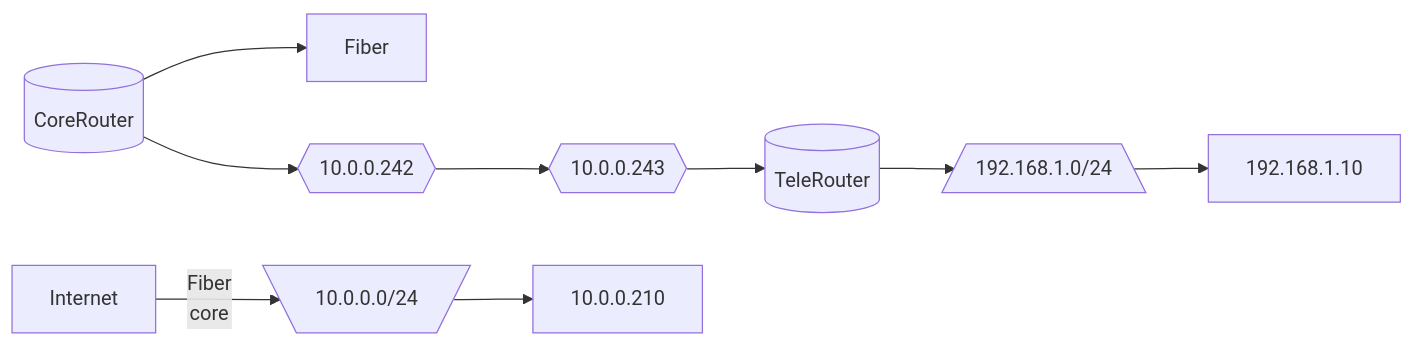
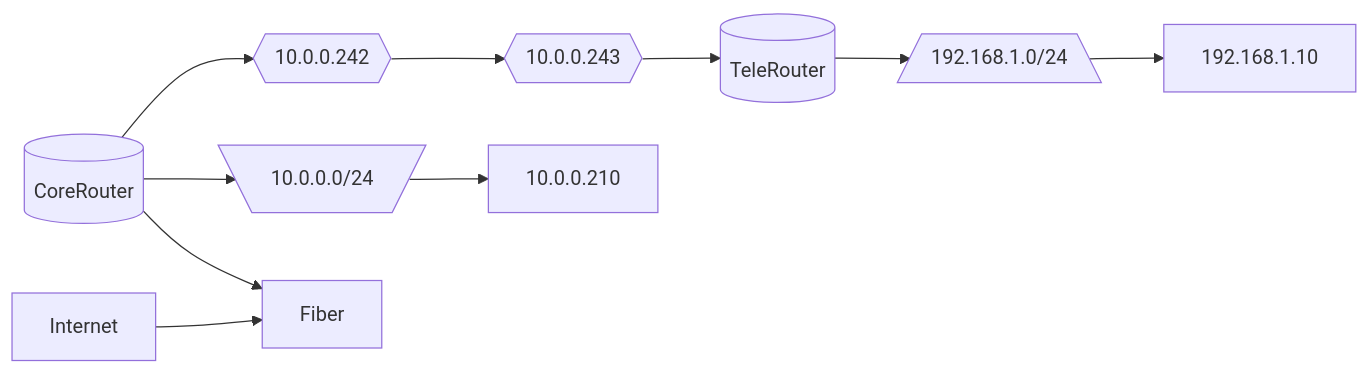
One commit to notkasim/DOCS changed the second of 2 diagrams in Topology.md. Above: the diagram before and after it, drawn with Mermaid.

````diff
--- a/Topology.md
+++ b/Topology.md
@@ -19,23 +19,23 @@
 ```mermaid
 graph LR;
     core[(CoreRouter)]
     tele2[(TeleRouter)]
     core_link{{10.0.0.242}}
     tele2_link{{10.0.0.243}}
     core_net[\10.0.0.0/24/]
     tele2_net[/192.168.1.0/24\]
 
     core-->Fiber;
-    Internet--Fiber
+    Internet-->Fiber
     core-->core_net-->10.0.0.210;
     core-->core_link;
     core_link-->tele2_link;
     tele2_link-->tele2;
     tele2-->tele2_net-->192.168.1.10;
 
 
 
 
 
 
 ```
````
